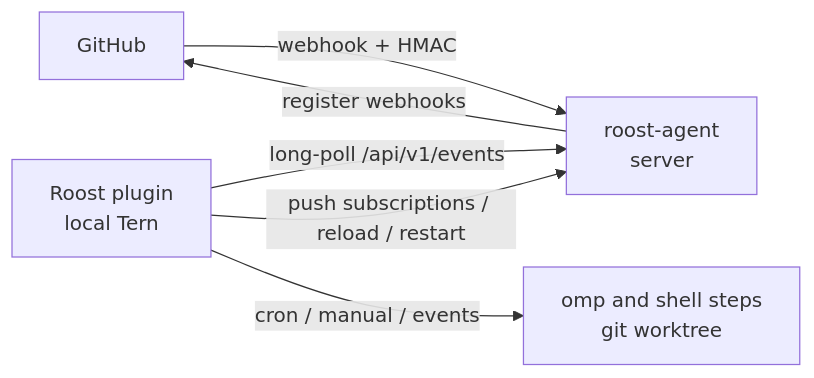
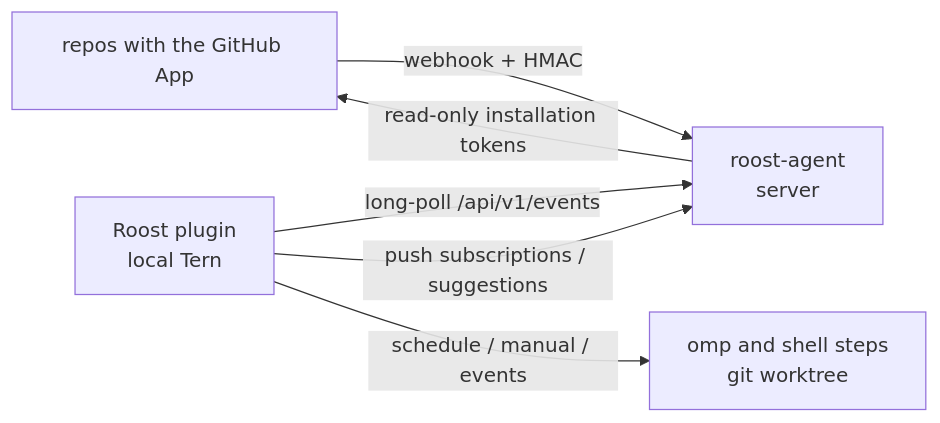
One commit to zerx-lab/Roost changed the diagram in README.md. Above: the diagram before and after it, drawn with Mermaid. The commit also changed other lines of this file and 29 other files, not shown here.

First line of the commit message:
feat: 对标 Grok 的自动化编辑与 GitHub App 中继

````diff
--- a/README.md
+++ b/README.md
@@ -12,8 +12,8 @@
 ```mermaid
 flowchart LR
-  GH[GitHub] -- webhook + HMAC --> A[roost-agent<br/>server]
+  GH[repos with the GitHub App] -- webhook + HMAC --> A[roost-agent<br/>server]
   P[Roost plugin<br/>local Tern] -- long-poll /api/v1/events --> A
-  P -- push subscriptions / reload / restart --> A
-  A -- register webhooks --> GH
-  P -- cron / manual / events --> R[omp and shell steps<br/>git worktree]
+  P -- push subscriptions / suggestions --> A
+  A -- read-only installation tokens --> GH
+  P -- schedule / manual / events --> R[omp and shell steps<br/>git worktree]
 ```
````
